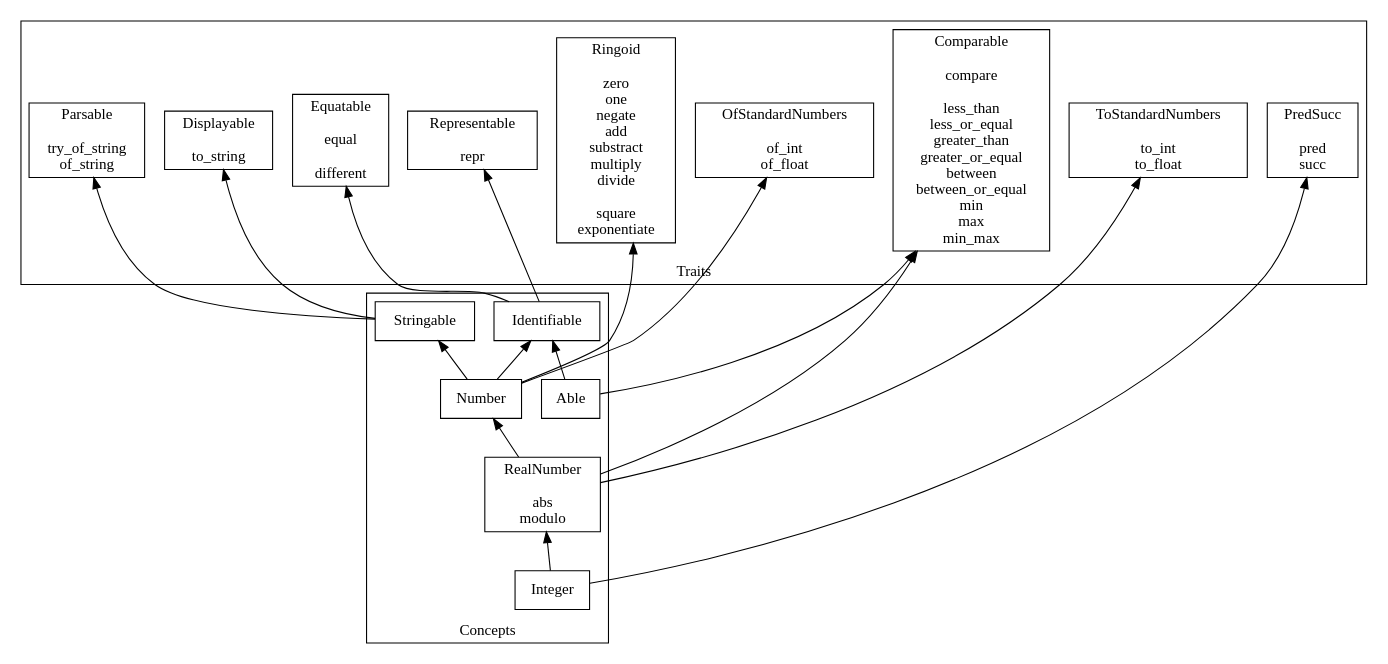
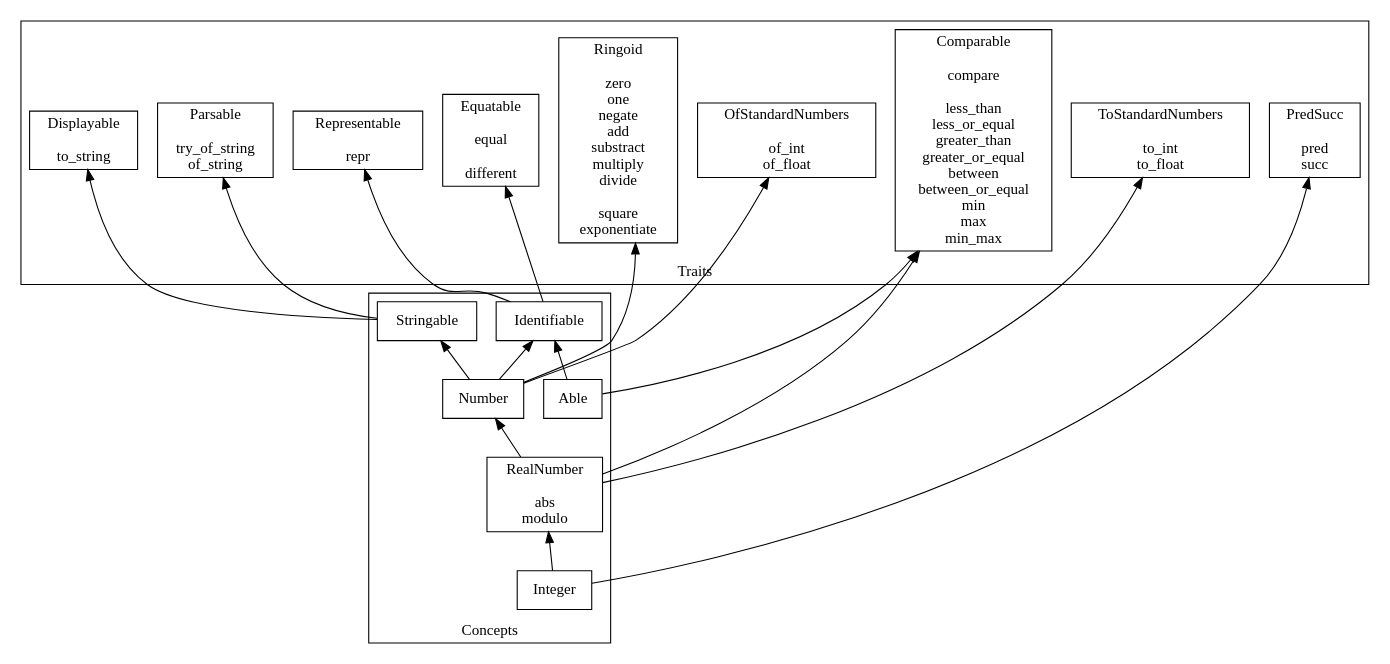
Before and after one commit to jacquev6/General: the diagram in src/Generated/Facets.dot, drawn with Graphviz. The commit also changed other lines of this file and 3 other files, not shown here.

```diff
--- a/src/Generated/Facets.dot
+++ b/src/Generated/Facets.dot
@@ -1,40 +1,40 @@
 digraph {
   rankdir="BT"
   node [shape="box"]
   subgraph cluster_Traits {
     label="Traits";
     representable [label="Representable\n\nrepr"];
+    equatable [label="Equatable\n\nequal\n\ndifferent"];
     displayable [label="Displayable\n\nto_string"];
-    equatable [label="Equatable\n\nequal\n\ndifferent"];
     parsable [label="Parsable\n\ntry_of_string\nof_string"];
     comparable [label="Comparable\n\ncompare\n\nless_than\nless_or_equal\ngreater_than\ngreater_or_equal\nbetween\nbetween_or_equal\nmin\nmax\nmin_max"];
     ringoid [label="Ringoid\n\nzero\none\nnegate\nadd\nsubstract\nmultiply\ndivide\n\nsquare\nexponentiate"];
     ofstandardnumbers [label="OfStandardNumbers\n\nof_int\nof_float"];
     tostandardnumbers [label="ToStandardNumbers\n\nto_int\nto_float"];
     predsucc [label="PredSucc\n\npred\nsucc"];
   }
   subgraph cluster_Concepts {
     label="Concepts";
     identifiable [label="Identifiable"];
     able [label="Able"];
     stringable [label="Stringable"];
     number [label="Number"];
     realnumber [label="RealNumber\n\nabs\nmodulo"];
     integer [label="Integer"];
   }
   identifiable -> equatable
   identifiable -> representable
   able -> identifiable
   able -> comparable
   stringable -> displayable
   stringable -> parsable
   number -> identifiable
   number -> stringable
   number -> ringoid
   number -> ofstandardnumbers
   realnumber -> number
   realnumber -> comparable
   realnumber -> tostandardnumbers
   integer -> realnumber
   integer -> predsucc
 }
```
